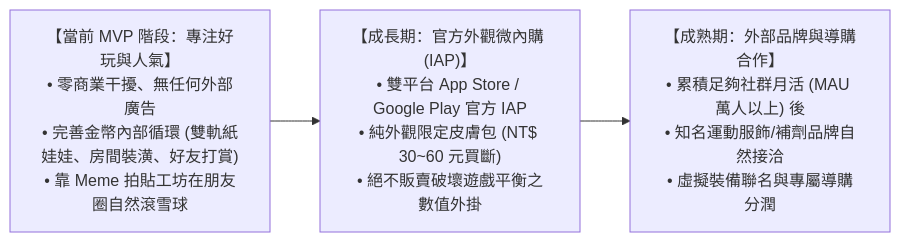
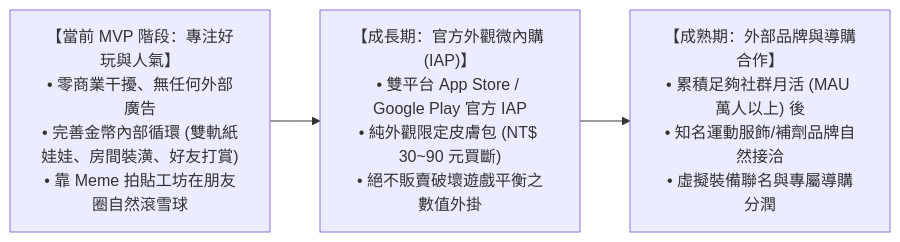
The diagram in llm-wiki/wiki/business_model.md (yuchienw/Fitmon), drawn with Mermaid before and after one commit. The commit also changed other lines of this file, not shown here.

````diff
--- a/llm-wiki/wiki/business_model.md
+++ b/llm-wiki/wiki/business_model.md
@@ -11,10 +11,10 @@
 ```mermaid
 flowchart LR
     Phase1["【當前 MVP 階段：專注好玩與人氣】\n• 零商業干擾、無任何外部廣告\n• 完善金幣內部循環 (雙軌紙娃娃、房間裝潢、好友打賞)\n• 靠 Meme 拍貼工坊在朋友圈自然滾雪球"]
     
-    Phase2["【成長期：官方外觀微內購 (IAP)】\n• 雙平台 App Store / Google Play 官方 IAP\n• 純外觀限定皮膚包 (NT$ 30~60 元買斷)\n• 絕不販賣破壞遊戲平衡之數值外掛"]
+    Phase2["【成長期：官方外觀微內購 (IAP)】\n• 雙平台 App Store / Google Play 官方 IAP\n• 純外觀限定皮膚包 (NT$ 30~90 元買斷)\n• 絕不販賣破壞遊戲平衡之數值外掛"]
 
     Phase3["【成熟期：外部品牌與導購合作】\n• 累積足夠社群月活 (MAU 萬人以上) 後\n• 知名運動服飾/補劑品牌自然接洽\n• 虛擬裝備聯名與專屬導購分潤"]
 
     Phase1 --> Phase2 --> Phase3
 ```
````
